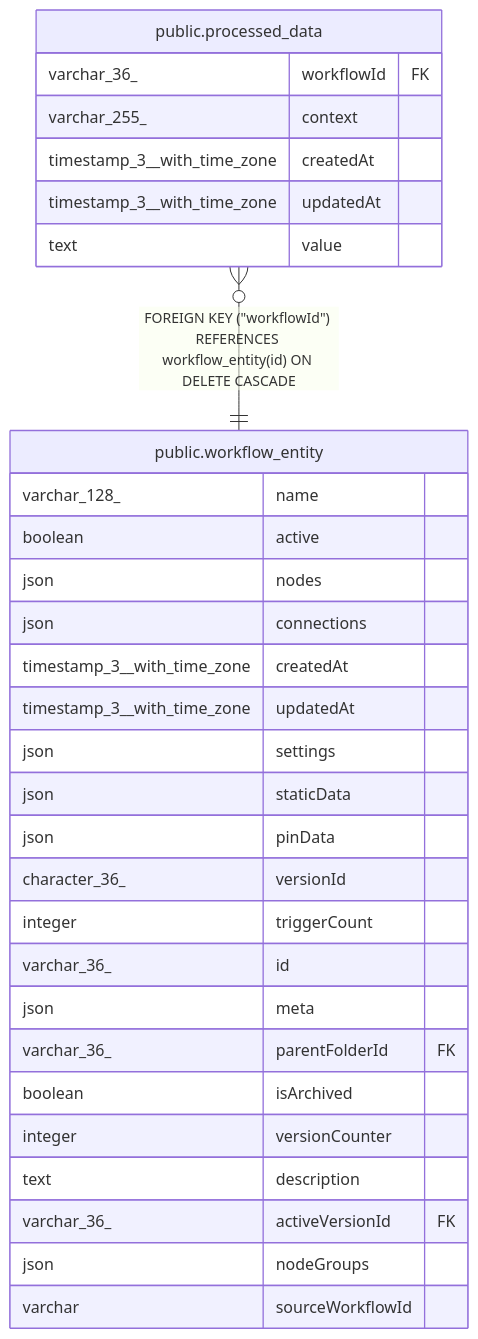
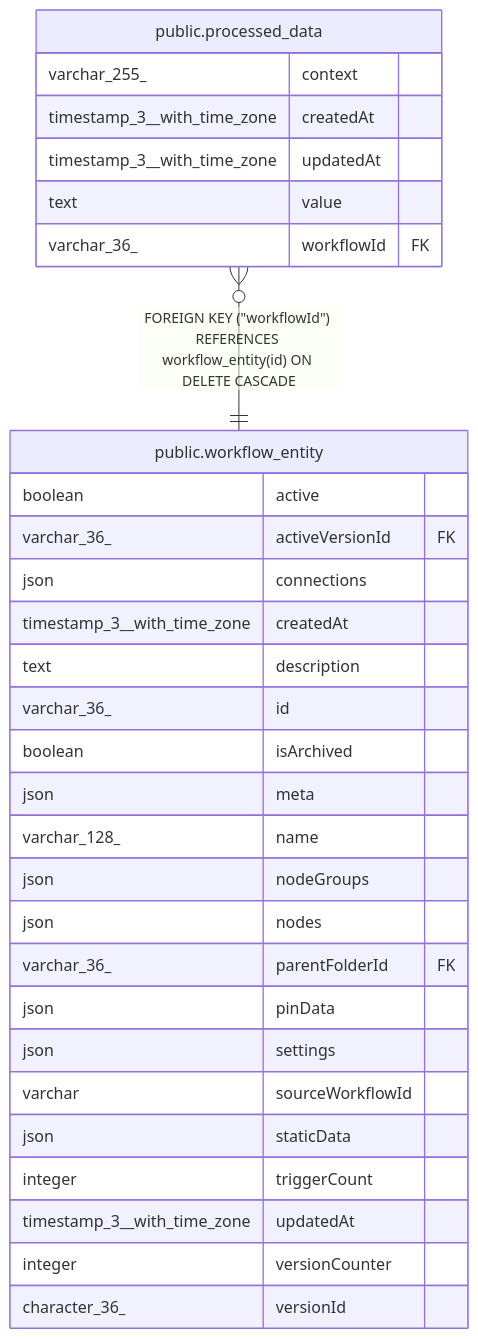
Before and after one commit to mayankjain1815-commits/n8n: the diagram in docs/generated/postgres-schema/public.processed_data.md, drawn with Mermaid. The commit also changed other lines of this file and 221 other files, not shown here.

Commit message:
chore(core): Make DB schema docs generation deterministic (#32373)

````diff
--- a/docs/generated/postgres-schema/public.processed_data.md
+++ b/docs/generated/postgres-schema/public.processed_data.md
@@ -33,35 +33,35 @@
 ```mermaid
 erDiagram
 
 "public.processed_data" }o--|| "public.workflow_entity" : "FOREIGN KEY (#quot;workflowId#quot;) REFERENCES workflow_entity(id) ON DELETE CASCADE"
 
 "public.processed_data" {
-  varchar_36_ workflowId FK
   varchar_255_ context
   timestamp_3__with_time_zone createdAt
   timestamp_3__with_time_zone updatedAt
   text value
+  varchar_36_ workflowId FK
 }
 "public.workflow_entity" {
-  varchar_128_ name
   boolean active
-  json nodes
+  varchar_36_ activeVersionId FK
   json connections
   timestamp_3__with_time_zone createdAt
+  text description
+  varchar_36_ id
+  boolean isArchived
+  json meta
+  varchar_128_ name
+  json nodeGroups
+  json nodes
+  varchar_36_ parentFolderId FK
+  json pinData
+  json settings
+  varchar sourceWorkflowId
+  json staticData
+  integer triggerCount
   timestamp_3__with_time_zone updatedAt
-  json settings
-  json staticData
-  json pinData
+  integer versionCounter
   character_36_ versionId
-  integer triggerCount
-  varchar_36_ id
-  json meta
-  varchar_36_ parentFolderId FK
-  boolean isArchived
-  integer versionCounter
-  text description
-  varchar_36_ activeVersionId FK
-  json nodeGroups
-  varchar sourceWorkflowId
 }
 ```
````
